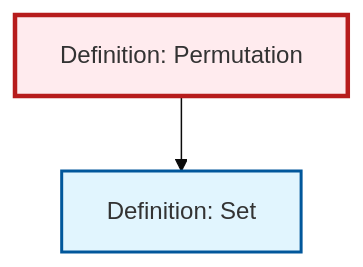
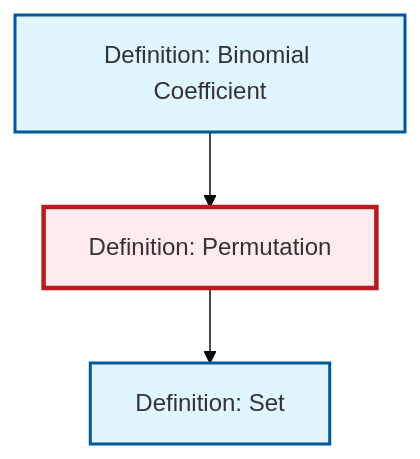
One commit to RK0429/ModernMath changed the diagram in content/en/combinatorics/def-permutation.qmd. Above: the diagram before and after it, drawn with Mermaid (base theme). The commit also changed other lines of this file and 203 other files, not shown here.

````diff
--- a/content/en/combinatorics/def-permutation.qmd
+++ b/content/en/combinatorics/def-permutation.qmd
@@ -50,15 +50,15 @@
 ```{mermaid}
 %%| fig-cap: "Local dependency graph"
 graph TD
     classDef definition fill:#e1f5fe,stroke:#01579b,stroke-width:2px
     classDef theorem fill:#f3e5f5,stroke:#4a148c,stroke-width:2px
     classDef axiom fill:#fff3e0,stroke:#e65100,stroke-width:2px
     classDef example fill:#e8f5e9,stroke:#1b5e20,stroke-width:2px
     classDef current fill:#ffebee,stroke:#b71c1c,stroke-width:3px
     def-set["Definition: Set"]:::definition
     def-permutation["Definition: Permutation"]:::definition
+    def-binomial-coefficient["Definition: Binomial Coefficient"]:::definition
     def-permutation --> def-set
+    def-binomial-coefficient --> def-permutation
     class def-permutation current
-
-    click def-set "def-set.html" "Go to Set definition"
 ```
````
